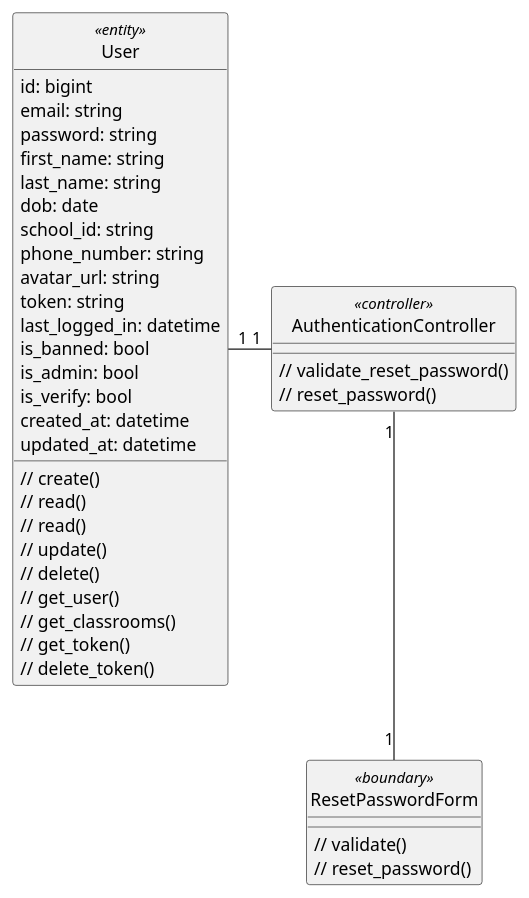
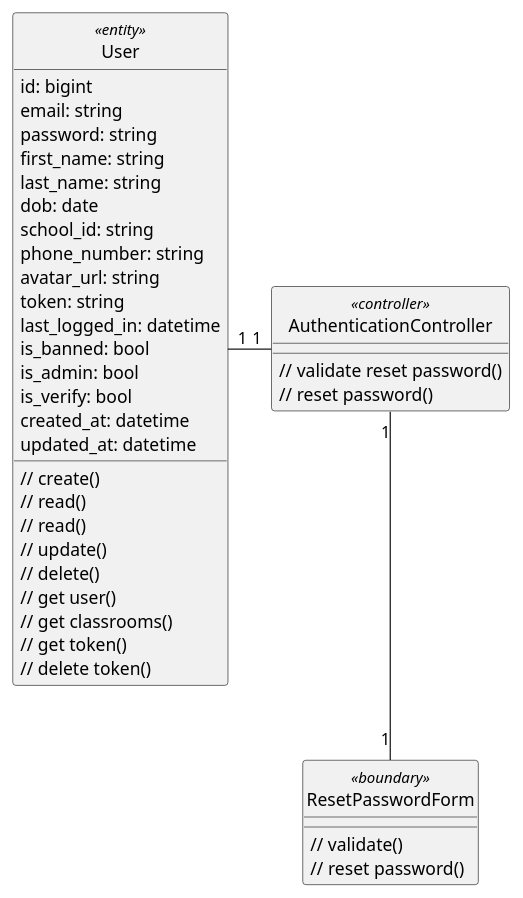
The diagram in class - analysis/authentication/resetPassword.plantuml (anonyhostvn/OOAD-Diagram), drawn with PlantUML before and after one commit. The commit also changed 6 other files, not shown here.

```diff
--- a/class - analysis/authentication/resetPassword.plantuml
+++ b/class - analysis/authentication/resetPassword.plantuml
@@ -1,51 +1,51 @@
 @startuml login
 
 class User <<entity>> {
     id: bigint
     email: string
     password: string
     first_name: string
     last_name: string
     dob: date
     school_id: string
     phone_number: string
     avatar_url: string
     token: string
     last_logged_in: datetime
     is_banned: bool
     is_admin: bool
     is_verify: bool
     created_at: datetime
     updated_at: datetime
 
     // create()
     // read()
     // read()
     // update()
     // delete()
-    // get_user()
-    // get_classrooms()
-    // get_token()
-    // delete_token()
+    // get user()
+    // get classrooms()
+    // get token()
+    // delete token()
 }
 
 class ResetPasswordForm <<boundary>> {
     // validate()
-    // reset_password()
+    // reset password()
 }
 
 class AuthenticationController <<controller>> {
-    // validate_reset_password()
-    // reset_password()
+    // validate reset password()
+    // reset password()
 }
 
 hide User <<entity>> circle
 hide ResetPasswordForm <<boundary>> circle
 hide AuthenticationController <<controller>> circle
 
 AuthenticationController "1" -left- "1" User
 AuthenticationController "1" -down- "1" ResetPasswordForm
 
 
 
 @enduml
```
